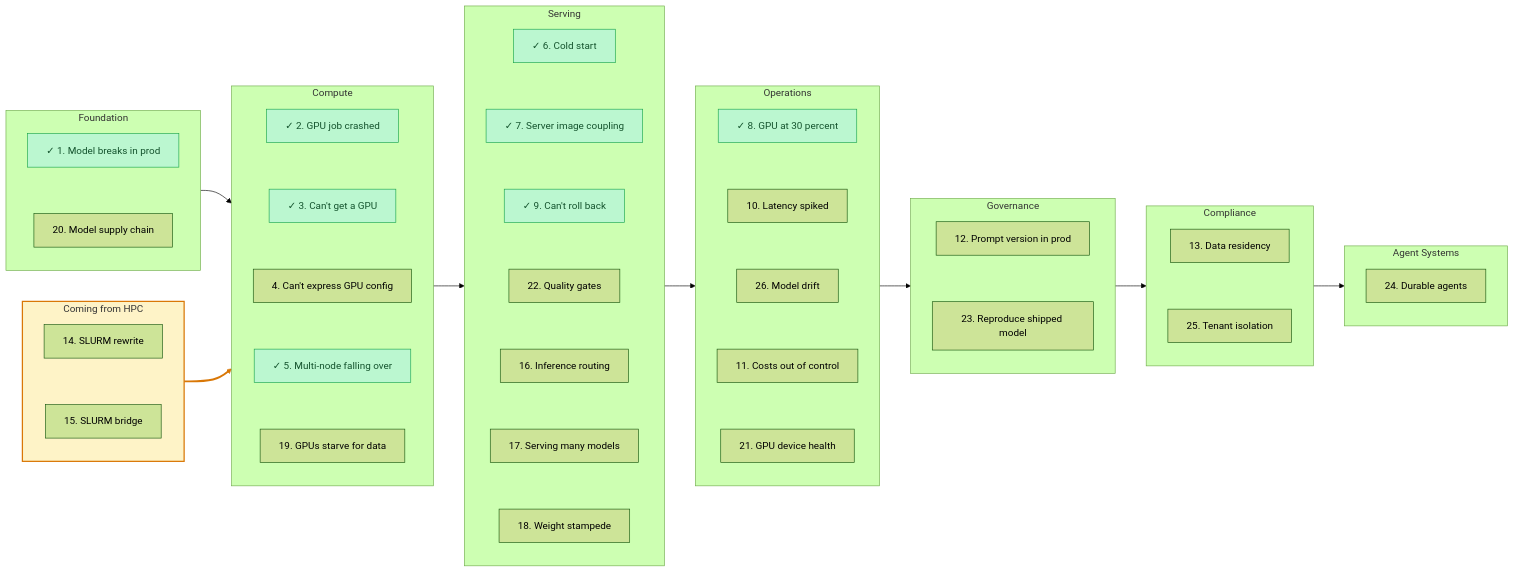
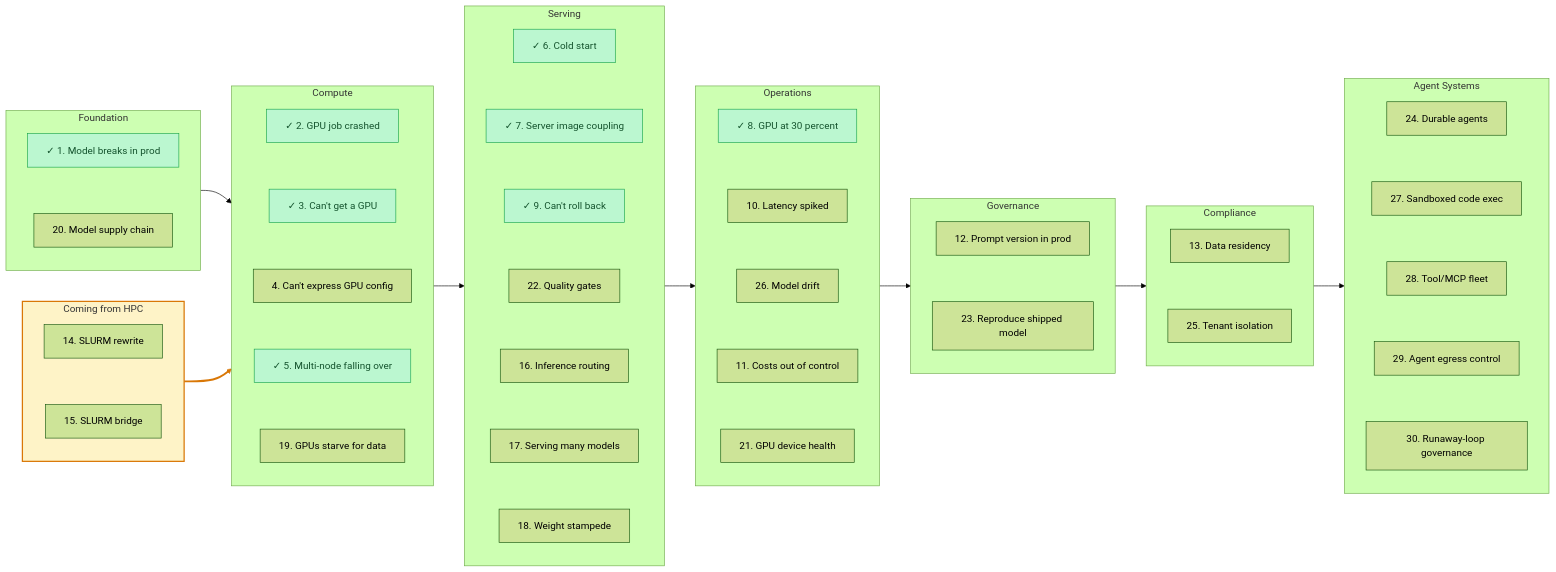
Before and after one commit to arun-gupta/the-pain-first-way: the diagram in README.md, drawn with Mermaid (forest theme). The commit also changed 9 other files, not shown here.

First line of the commit message:
Add agent pains 27-30 and sharpen the cloud-native scope boundary

````diff
--- a/README.md
+++ b/README.md
@@ -83,6 +83,14 @@
     subgraph S7[Agent Systems]
         direction TB
         N24[24. Durable agents]
+        N27[27. Sandboxed code exec]
+        N28[28. Tool/MCP fleet]
+        N29[29. Agent egress control]
+        N30[30. Runaway-loop governance]
+        N24 ~~~ N27
+        N27 ~~~ N28
+        N28 ~~~ N29
+        N29 ~~~ N30
     end
     subgraph SHPC[Coming from HPC]
         direction TB
@@ -95,7 +103,7 @@
     classDef avail fill:#bbf7d0,stroke:#16a34a,stroke-width:1px,color:#14532d;
     class N1,N2,N3,N5,N6,N7,N8,N9 avail;
     style SHPC fill:#fef3c7,stroke:#d97706,stroke-width:2px;
-    linkStyle 24 stroke:#d97706,stroke-width:3px;
+    linkStyle 28 stroke:#d97706,stroke-width:3px;
     click N1 "https://github.com/arun-gupta/the-pain-first-way/blob/main/pains/01-model-works-locally.md"
     click N2 "https://github.com/arun-gupta/the-pain-first-way/blob/main/pains/02-gpu-job-crashed.md"
     click N3 "https://github.com/arun-gupta/the-pain-first-way/blob/main/pains/03-cant-get-a-gpu.md"
@@ -122,4 +130,8 @@
     click N24 "https://github.com/arun-gupta/the-pain-first-way/blob/main/pains/24-durable-agents.md"
     click N25 "https://github.com/arun-gupta/the-pain-first-way/blob/main/pains/25-tenant-isolation.md"
     click N26 "https://github.com/arun-gupta/the-pain-first-way/blob/main/pains/26-model-drift.md"
+    click N27 "https://github.com/arun-gupta/the-pain-first-way/blob/main/pains/27-agent-sandbox.md"
+    click N28 "https://github.com/arun-gupta/the-pain-first-way/blob/main/pains/28-tool-fleet.md"
+    click N29 "https://github.com/arun-gupta/the-pain-first-way/blob/main/pains/29-agent-egress.md"
+    click N30 "https://github.com/arun-gupta/the-pain-first-way/blob/main/pains/30-runaway-agents.md"
 ```
````
